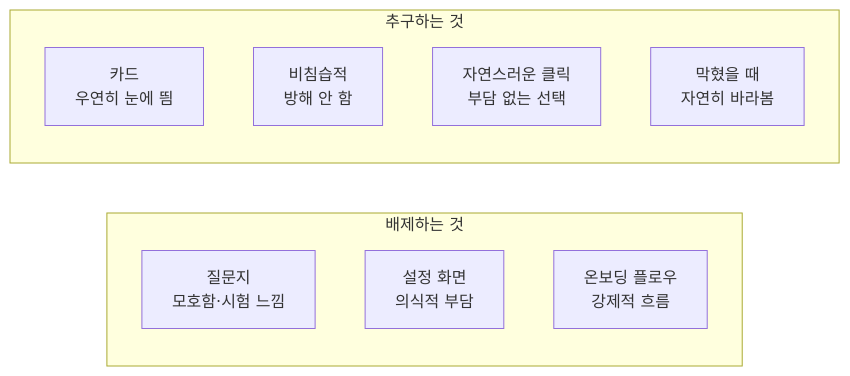
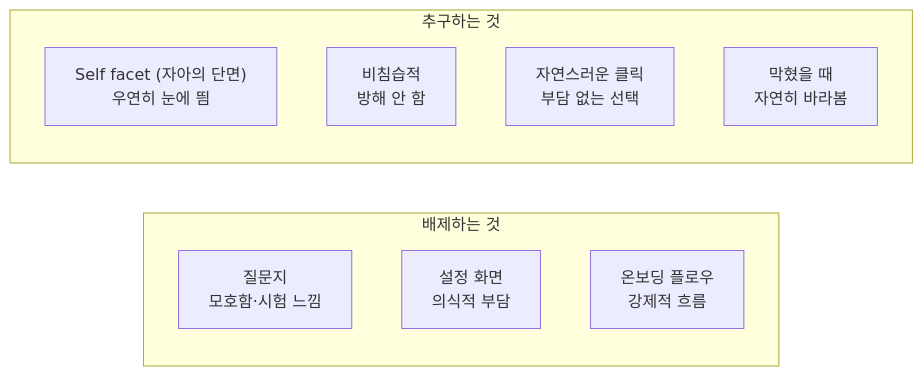
One commit to U2SOUTION/NEXA changed the fourth of 6 diagrams in NEXA-Platform/docs/UCL XX GUIDE 전략 및 시나리오 가이드.md. Above: the diagram before and after it, drawn with Mermaid. The commit also changed other lines of this file and 12 other files, not shown here.

Commit message:
문서 업데이트: NEXA-Platform의 여러 문서에서 'Self facet (자아의 단면)' 용어를 통일하고, 기존 내용을 보강하여 시스템 설계의 명확성을 강화함. 넥슈(NEXU Canvas)와 닉시(NEXA NIXIE) 간의 관계를 명확히 하여 데이터 관리 및 운영 효율성을 높임.

````diff
--- a/NEXA-Platform/docs/UCL XX GUIDE 전략 및 시나리오 가이드.md
+++ b/NEXA-Platform/docs/UCL XX GUIDE 전략 및 시나리오 가이드.md
@@ -158,15 +158,15 @@
 ```mermaid
 flowchart LR
     subgraph reject ["배제하는 것"]
         r1["질문지\n모호함·시험 느낌"]
         r2["설정 화면\n의식적 부담"]
         r3["온보딩 플로우\n강제적 흐름"]
     end
 
     subgraph accept ["추구하는 것"]
-        a1["카드\n우연히 눈에 띔"]
+        a1["Self facet (자아의 단면)\n우연히 눈에 띔"]
         a2["비침습적\n방해 안 함"]
         a3["자연스러운 클릭\n부담 없는 선택"]
         a4["막혔을 때\n자연히 바라봄"]
     end
 ```
````
